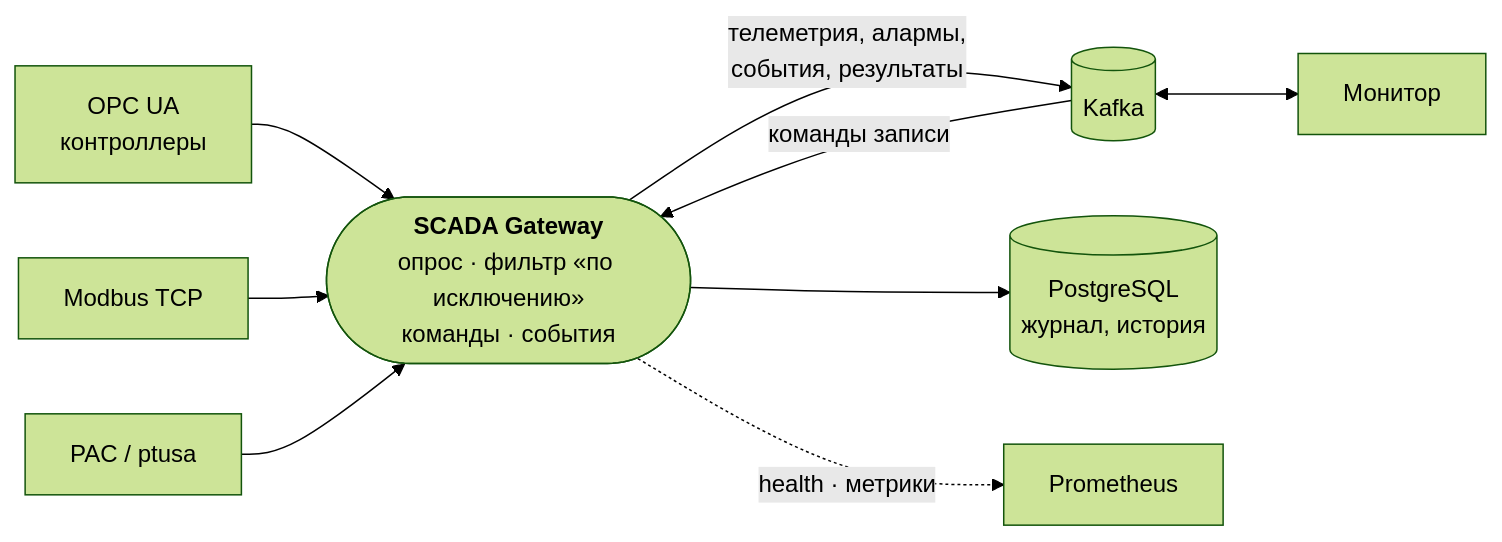
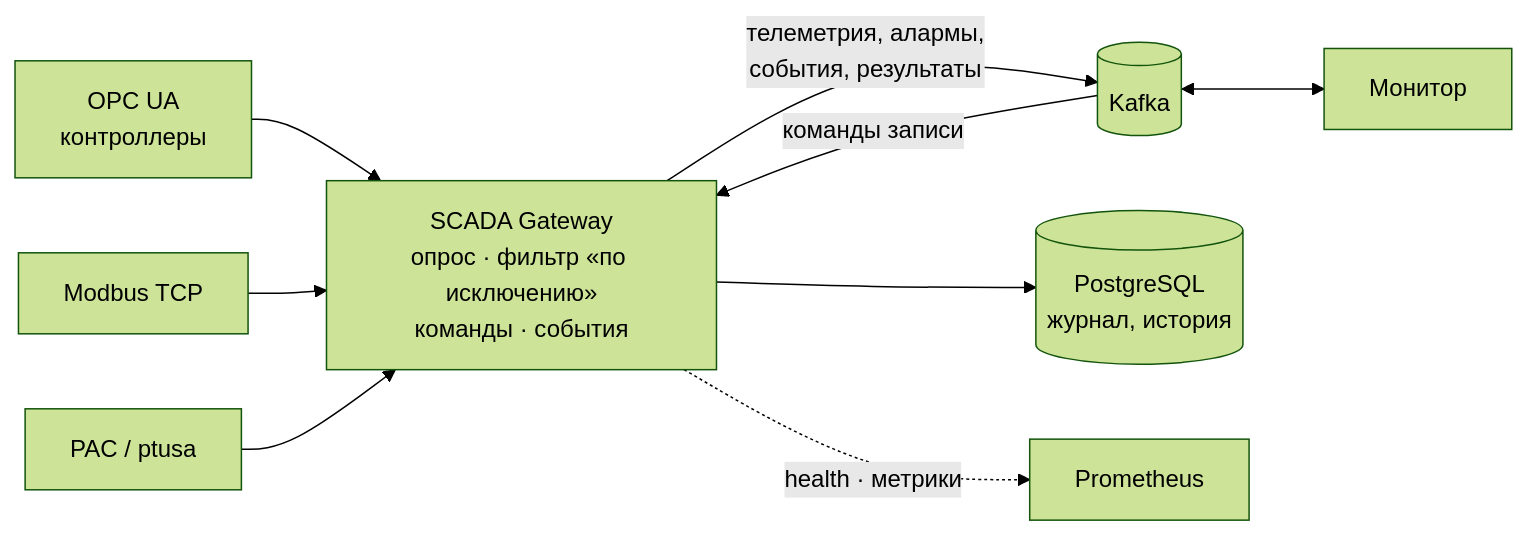
Before and after one commit to EuZireael/SCADA_rust: the first of 2 diagrams in README.md, drawn with Mermaid (forest theme).

Commit message:
README: схема без HTML-тега и скруглённого узла (GitHub не отрисовывал)

````diff
--- a/README.md
+++ b/README.md
@@ -10,12 +10,12 @@
 ```mermaid
 flowchart LR
     PLC1["OPC UA<br/>контроллеры"] --> GW
     PLC2["Modbus TCP"] --> GW
     PLC3["PAC / ptusa"] --> GW
-    GW(["<b>SCADA Gateway</b><br/>опрос · фильтр «по исключению»<br/>команды · события"])
+    GW["SCADA Gateway<br/>опрос · фильтр «по исключению»<br/>команды · события"]
     GW -->|"телеметрия, алармы,<br/>события, результаты"| K[("Kafka")]
     K -->|команды записи| GW
     GW --> DB[("PostgreSQL<br/>журнал, история")]
     K <--> M["Монитор"]
     GW -.->|"health · метрики"| P["Prometheus"]
 ```
````
